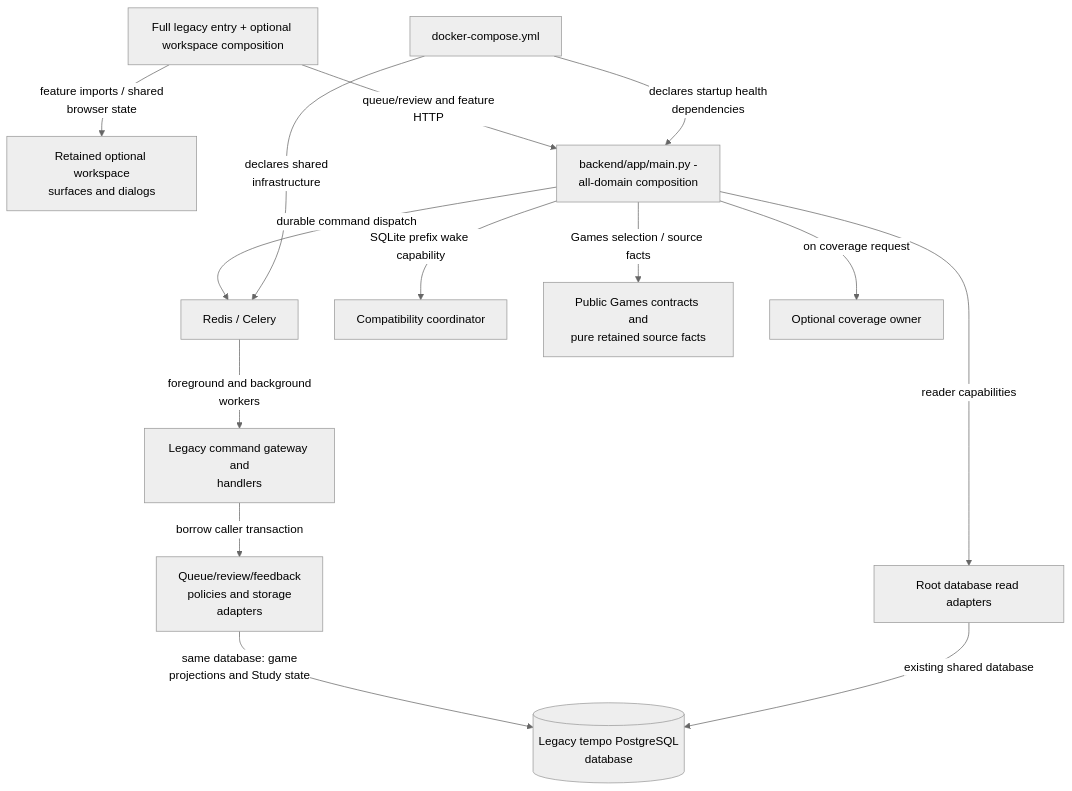
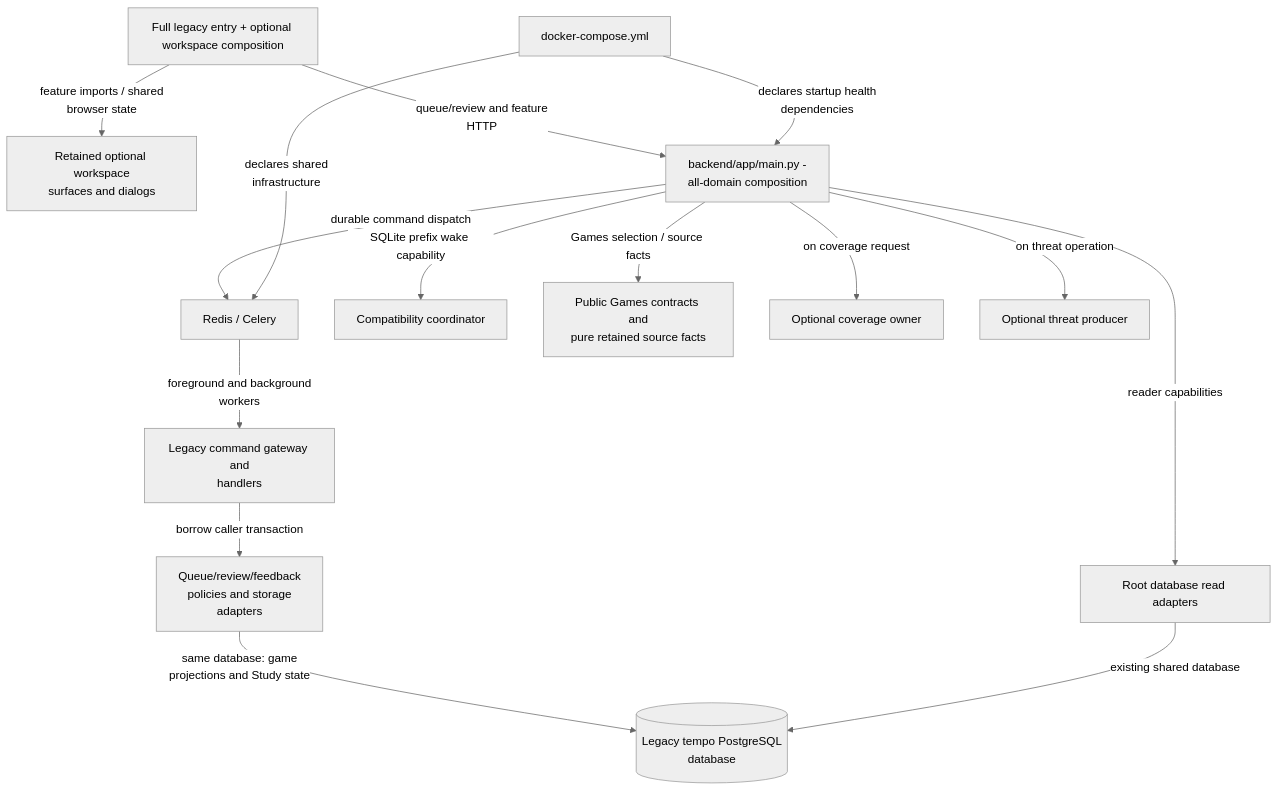
Before and after one commit to aaweaver-actuary/tempo: the diagram in backend/README.md, drawn with Mermaid (neutral theme). The commit also changed 3 other files, not shown here.

Commit message:
Defer threat producer binding in HTTP composition

````diff
--- a/backend/README.md
+++ b/backend/README.md
@@ -22,16 +22,17 @@
 ```mermaid
 flowchart TB
   Home["Full legacy entry + optional workspace composition"] -->|"feature imports / shared<br/>browser state"| Views["Retained optional workspace<br/>surfaces and dialogs"]
   Home -->|"queue/review and feature<br/>HTTP"| API["backend/app/main.py -<br/>all-domain composition"]
   API -->|"durable command dispatch"| Broker["Redis / Celery"]
   Broker -->|"foreground and background<br/>workers"| Commands["Legacy command gateway and<br/>handlers"]
   Commands -->|"borrow caller transaction"| Policy["Queue/review/feedback<br/>policies and storage<br/>adapters"]
   Policy -->|"same database: game<br/>projections and Study state"| DB[("Legacy tempo PostgreSQL<br/>database")]
   API -->|"SQLite prefix wake capability"| Compat["Compatibility coordinator"]
   API -->|"Games selection / source facts"| Facts["Public Games contracts and<br/>pure retained source facts"]
   API -->|"on coverage request"| Coverage["Optional coverage owner"]
+  API -->|"on threat operation"| Threat["Optional threat producer"]
   API -->|"reader capabilities"| ReadStorage["Root database read adapters"]
   ReadStorage -->|"existing shared database"| DB
   Compose["docker-compose.yml"] -->|"declares startup health<br/>dependencies"| API
   Compose -->|"declares shared<br/>infrastructure"| Broker
 ```
````
